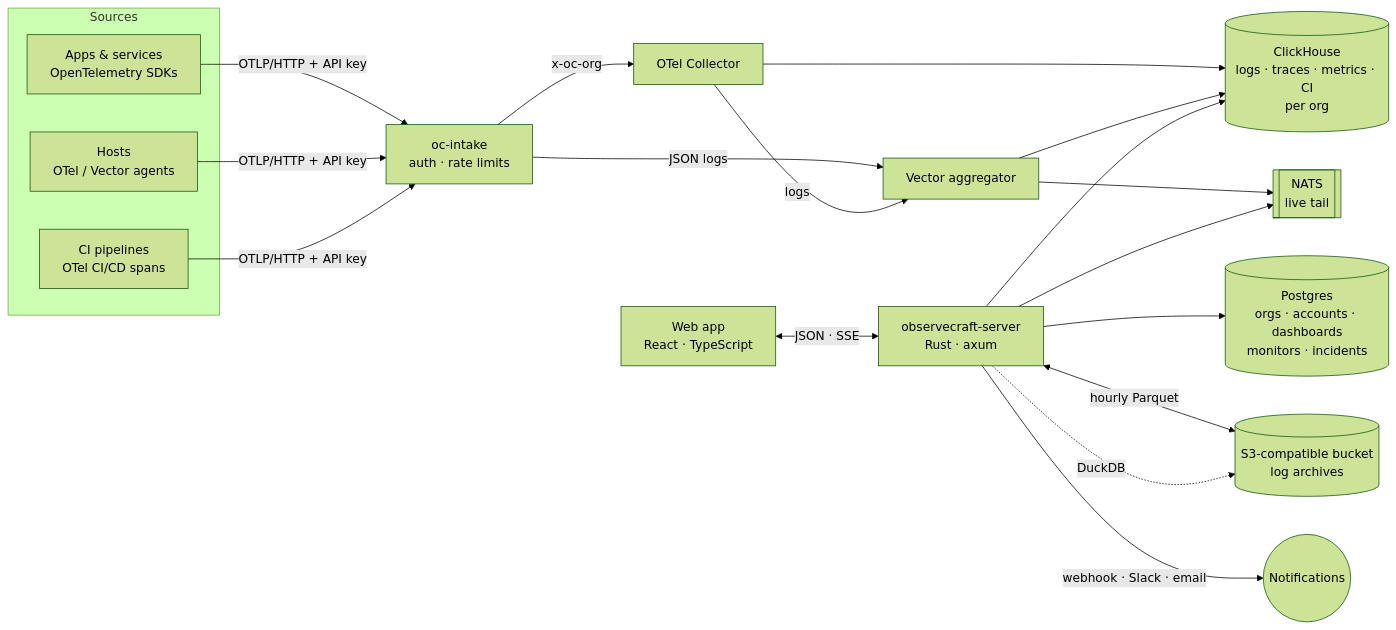
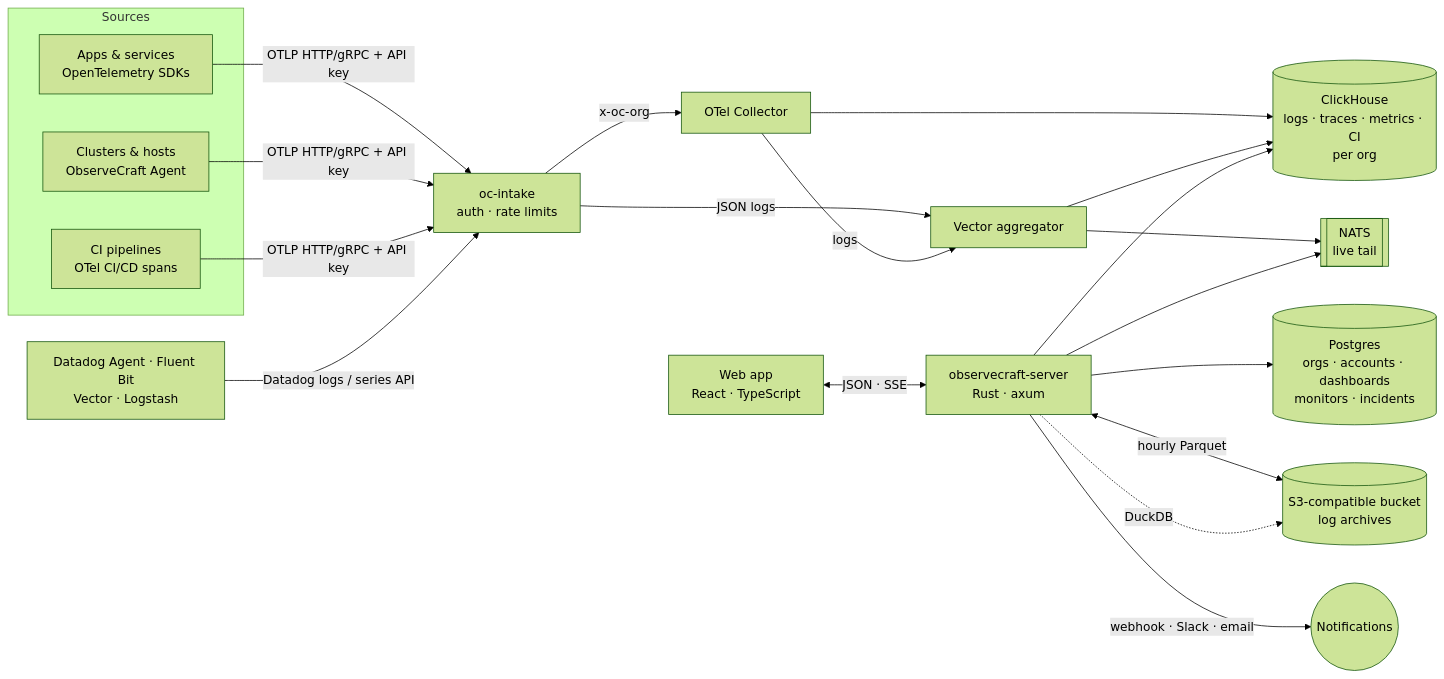
The diagram in README.md (observecraft/observecraft), drawn with Mermaid (forest theme) before and after one commit. The commit also changed other lines of this file and 157 other files, not shown here.

````diff
--- a/README.md
+++ b/README.md
@@ -161,22 +197,24 @@
 ```mermaid
 flowchart LR
   subgraph Sources
     A[Apps & services<br/>OpenTelemetry SDKs]
-    H[Hosts<br/>OTel / Vector agents]
+    H[Clusters & hosts<br/>ObserveCraft Agent]
     C[CI pipelines<br/>OTel CI/CD spans]
   end
-  A & H & C -->|OTLP/HTTP + API key| IN[oc-intake<br/>auth · rate limits]
+  D[Datadog Agent · Fluent Bit<br/>Vector · Logstash]
+  A & H & C -->|OTLP HTTP/gRPC + API key| IN[oc-intake<br/>auth · rate limits]
+  D -->|Datadog logs / series API| IN
   IN -->|x-oc-org| COL[OTel Collector]
   IN -->|JSON logs| VEC[Vector aggregator]
   COL -->|logs| VEC
   COL --> CH[(ClickHouse<br/>logs · traces · metrics · CI<br/>per org)]
   VEC --> CH
   VEC --> NATS[[NATS<br/>live tail]]
   API[observecraft-server<br/>Rust · axum] --> CH
   API --> PG[(Postgres<br/>orgs · accounts · dashboards<br/>monitors · incidents)]
   API --> NATS
   API <-->|hourly Parquet| S3[(S3-compatible bucket<br/>log archives)]
   API -.->|DuckDB| S3
   API -->|webhook · Slack · email| OUT((Notifications))
   UI[Web app<br/>React · TypeScript] <-->|JSON · SSE| API
 ```
````
